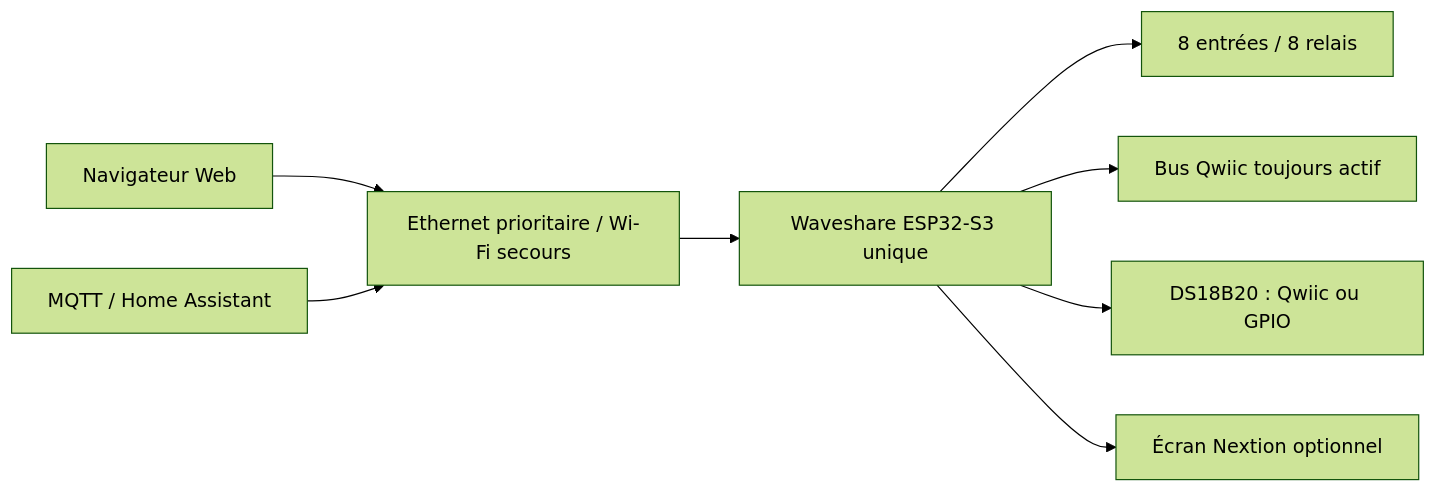
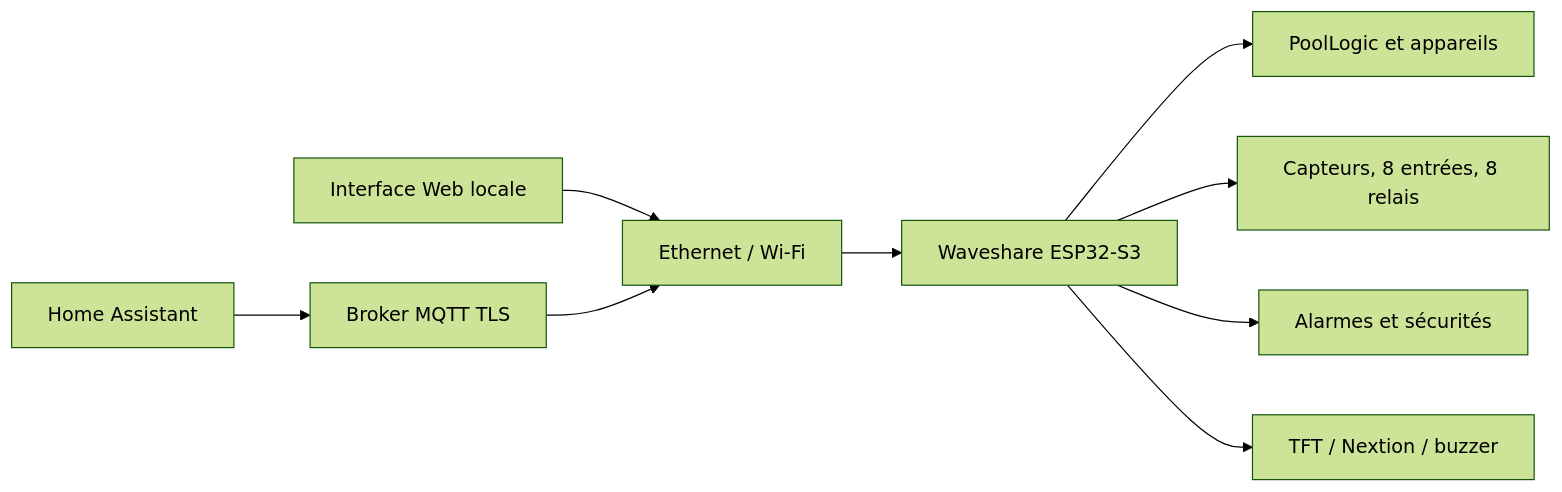
One commit to D-Salmon/flow.io changed the diagram in docs/README.md. Above: the diagram before and after it, drawn with Mermaid (forest theme). The commit also changed other lines of this file and 2 other files, not shown here.

Commit message:
docs: actualiser l'état du projet Waveshare 3.1.3

````diff
--- a/docs/README.md
+++ b/docs/README.md
@@ -9,10 +30,11 @@
 ```mermaid
 flowchart LR
-    WEB["Navigateur Web"] --> NET["Ethernet prioritaire / Wi-Fi secours"]
-    HA["MQTT / Home Assistant"] --> NET
-    NET --> CTRL["Waveshare ESP32-S3 unique"]
-    CTRL --> IO["8 entrées / 8 relais"]
-    CTRL --> Q["Bus Qwiic toujours actif"]
-    CTRL --> TEMP["DS18B20 : Qwiic ou GPIO"]
-    CTRL --> HMI["Écran Nextion optionnel"]
+    WEB["Interface Web locale"] --> NET["Ethernet / Wi-Fi"]
+    HA["Home Assistant"] --> MQTT["Broker MQTT TLS"]
+    MQTT --> NET
+    NET --> CTRL["Waveshare ESP32-S3"]
+    CTRL --> POOL["PoolLogic et appareils"]
+    CTRL --> IO["Capteurs, 8 entrées, 8 relais"]
+    CTRL --> ALM["Alarmes et sécurités"]
+    CTRL --> HMI["TFT / Nextion / buzzer"]
 ```
````
